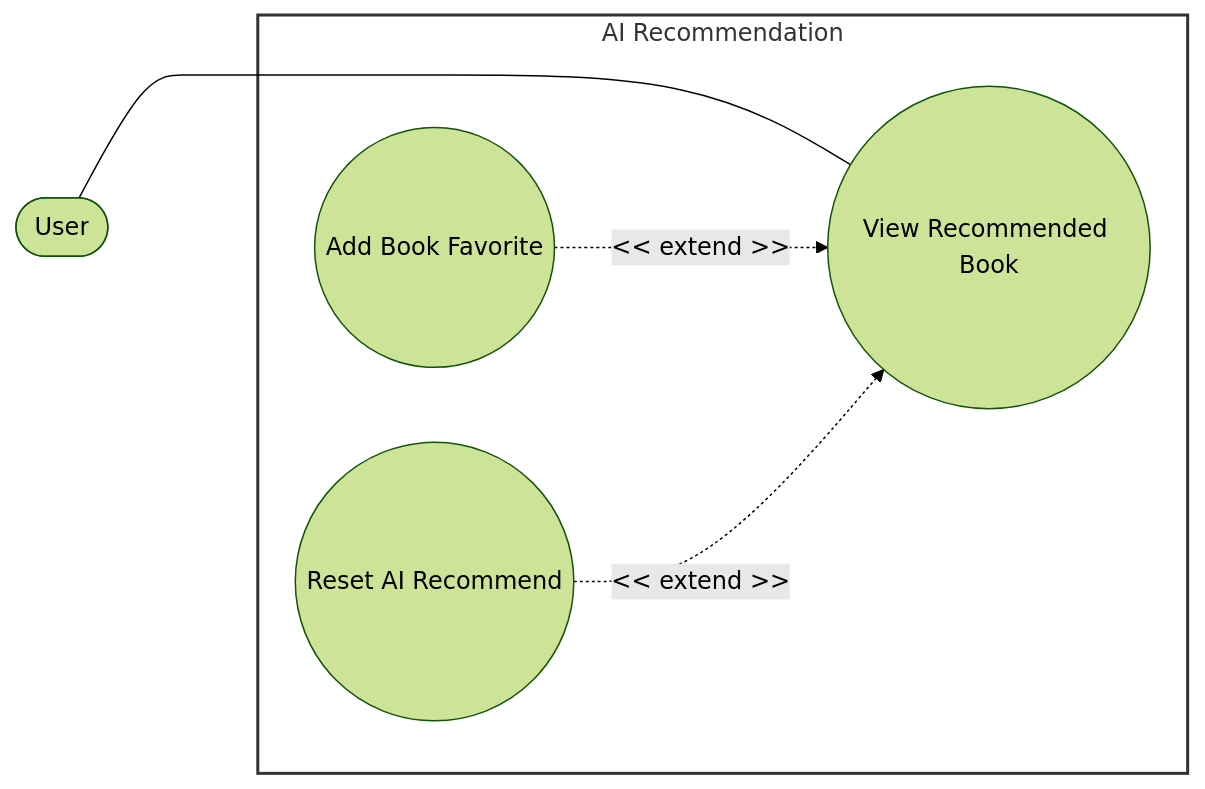
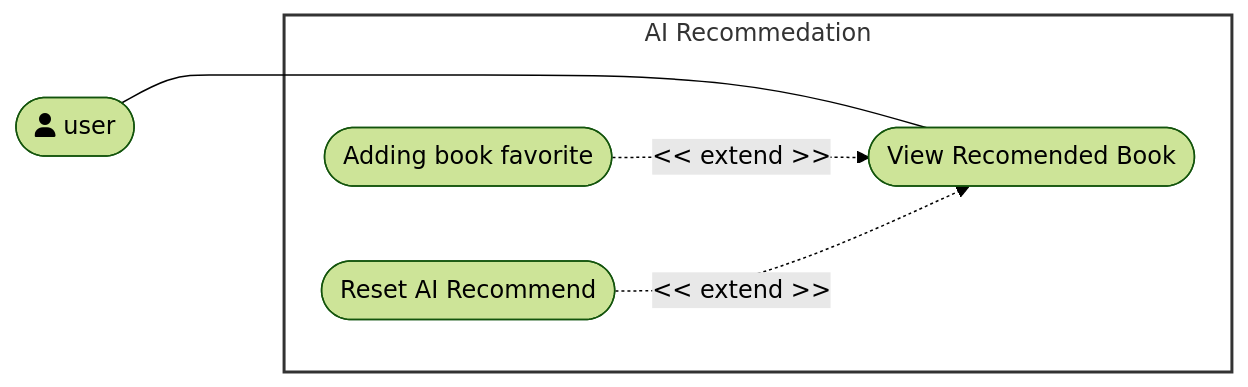
Before and after one commit to DuyNhat1705/AmeThyst-Library: the seventh of 9 diagrams in docs/management/PA3/Use-CaseSpecification.md, drawn with Mermaid (forest theme). The commit also changed other lines of this file, not shown here.

````diff
--- a/docs/management/PA3/Use-CaseSpecification.md
+++ b/docs/management/PA3/Use-CaseSpecification.md
@@ -3859,23 +3863,15 @@
 ```mermaid
 flowchart LR
-    subgraph AIRecommendation ["AI Recommendation"]
-        UC1(("Add Book Favorite"))
-        UC2(("View Recommended Book"))
-        UC3(("Reset AI Recommend"))
-    end
-    
-    %% Actors
-    ActorUser(["User"])
-    
-    %% Structural Layout Anchors
-    ActorUser ~~~~ AIRecommendation 
-    
-    %% Connections
-    ActorUser --- UC2
-    UC1 -. "<< extend >>" .-> UC2
-    UC3 -. "<< extend >>" .-> UC2
+ subgraph AIRecommendation["AI Recommedation"]
+        UC1(["Adding book favorite"])
+        UC2(["View Recomended Book"])
+        UC3(["Reset AI Recommend"])
+  end
+    ActorUser(["user"]) ~~~~ AIRecommendation 
+    ActorUser(["fa:fa-user user"]) --- UC2
+    UC1 -. &lt;&lt; extend &gt;&gt; .-> UC2
+    UC3 -. &lt;&lt; extend &gt;&gt; .-> UC2
 
-    %% Styling
     style AIRecommendation fill:#fff,stroke:#333,stroke-width:2px
 
 ```
````
